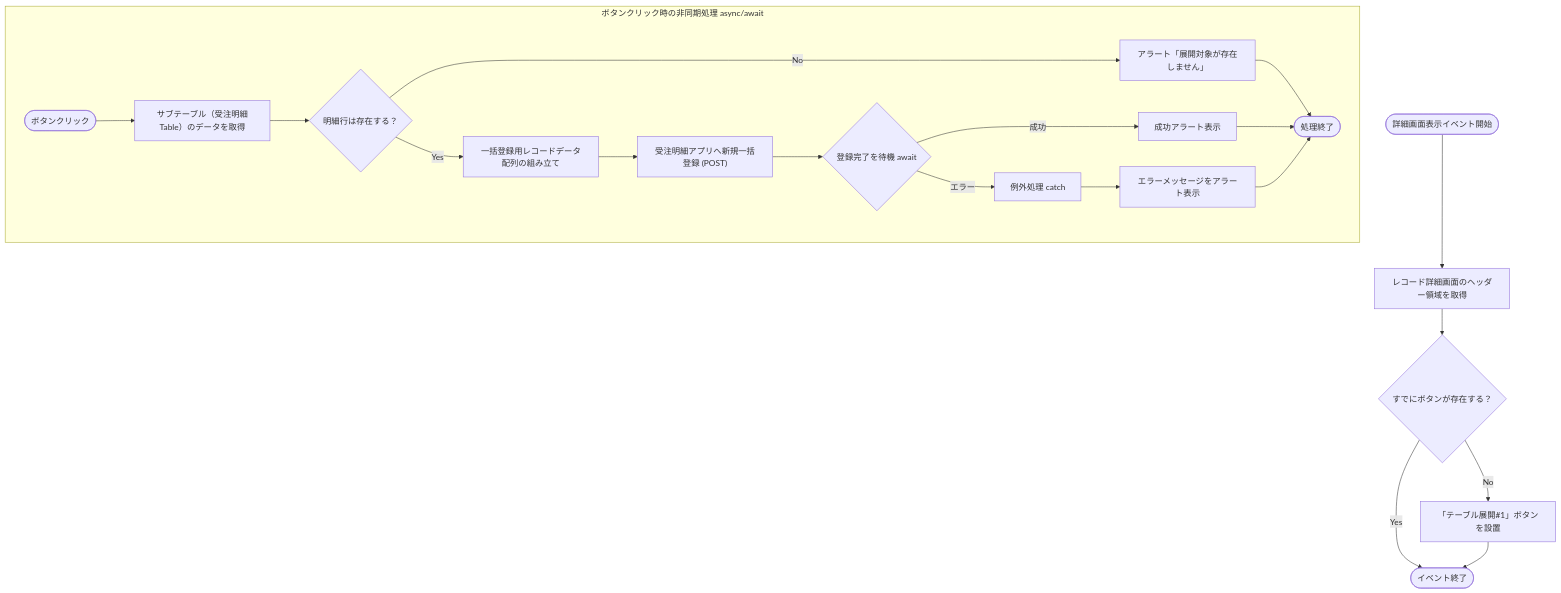
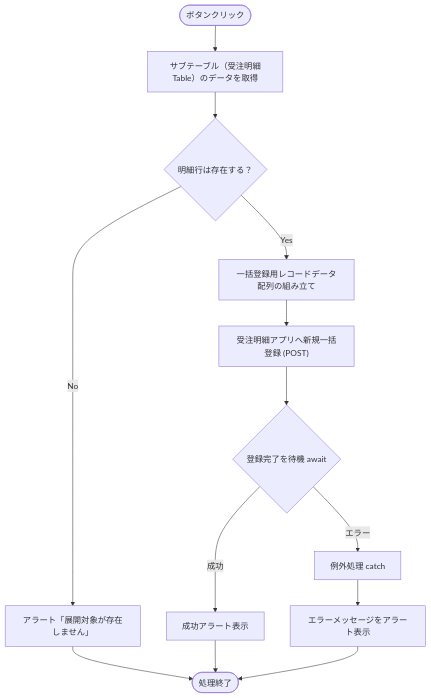
Before and after one commit to Kazu-matu/kintone-lessen: the second of 2 diagrams in docs/CN-057-9-1.md, drawn with Mermaid. The commit also changed other lines of this file and 2 other files, not shown here.

Commit message:
docs(table_expand): 各仕様書のMermaid図をボタン設置と展開処理の2つに分割して縦長化

````diff
--- a/docs/CN-057-9-1.md
+++ b/docs/CN-057-9-1.md
@@ -203,24 +216,14 @@
 ```mermaid
 flowchart TD
-    Start([詳細画面表示イベント開始]) --> GetSpace[レコード詳細画面のヘッダー領域を取得]
-    GetSpace --> CheckBtn{すでにボタンが存在する？}
-    CheckBtn -- Yes --> EndEvent([イベント終了])
-    CheckBtn -- No --> CreateBtn["「テーブル展開#1」ボタンを設置"]
-    CreateBtn --> EndEvent
-
-    subgraph ClickFlow [ボタンクリック時の非同期処理 async/await]
-        Click([ボタンクリック]) --> GetTable["サブテーブル（受注明細Table）のデータを取得"]
-        GetTable --> CheckTable{明細行は存在する？}
-        CheckTable -- No --> AlertEmpty["アラート「展開対象が存在しません」"] --> EndClick([処理終了])
-        
-        CheckTable -- Yes --> MapData[一括登録用レコードデータ配列の組み立て]
-        MapData --> PostRecords["受注明細アプリへ新規一括登録 (POST)"]
-        
-        PostRecords --> WaitPost{登録完了を待機 await}
-        WaitPost -- 成功 --> AlertSuccess["成功アラート表示"]
-        WaitPost -- エラー --> HandleError[例外処理 catch]
-        
-        AlertSuccess --> EndClick
-        HandleError --> AlertError[エラーメッセージをアラート表示] --> EndClick
-    end
+    Click([ボタンクリック]) --> GetTable["サブテーブル（受注明細Table）のデータを取得"]
+    GetTable --> CheckTable{明細行は存在する？}
+    
+    CheckTable -- No --> AlertEmpty["アラート「展開対象が存在しません」"] --> EndClick([処理終了])
+    CheckTable -- Yes --> MapData[一括登録用レコードデータ配列の組み立て]
+    
+    MapData --> PostRecords["受注明細アプリへ新規一括登録 (POST)"]
+    PostRecords --> WaitPost{登録完了を待機 await}
+    
+    WaitPost -- 成功 --> AlertSuccess["成功アラート表示"] --> EndClick
+    WaitPost -- エラー --> HandleError[例外処理 catch] --> AlertError[エラーメッセージをアラート表示] --> EndClick
 ```
````
